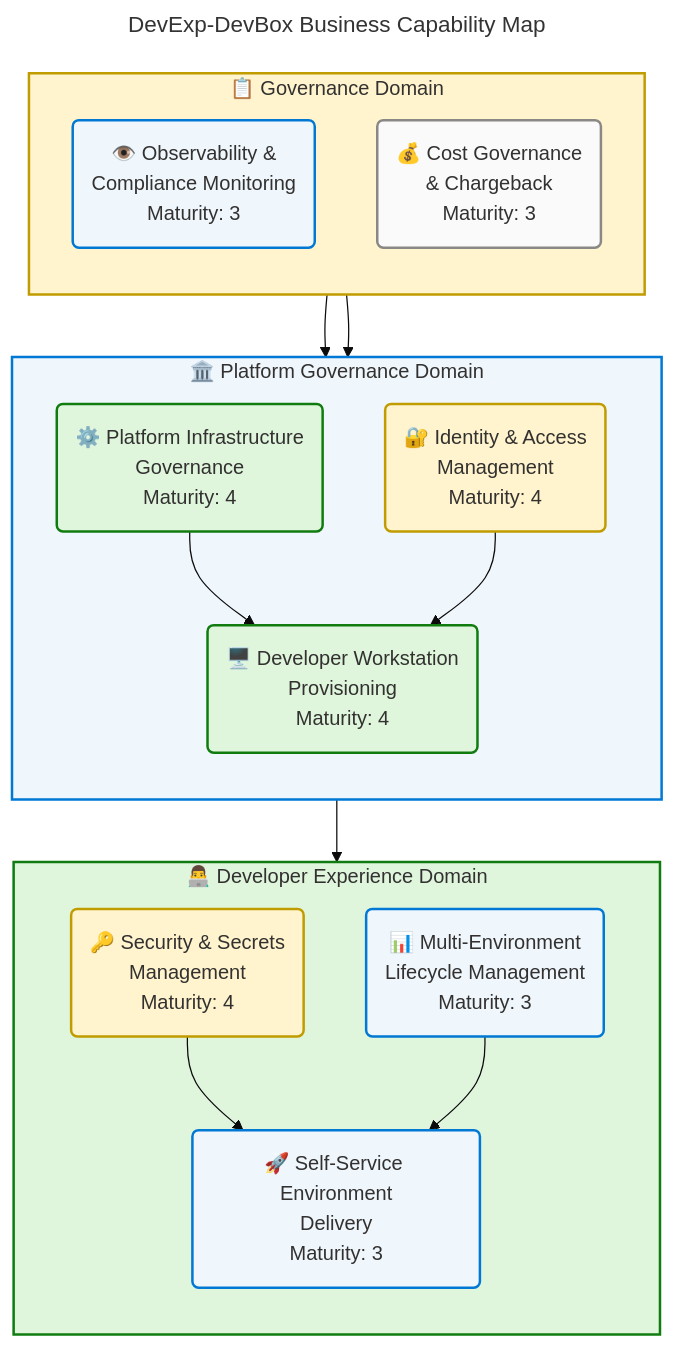
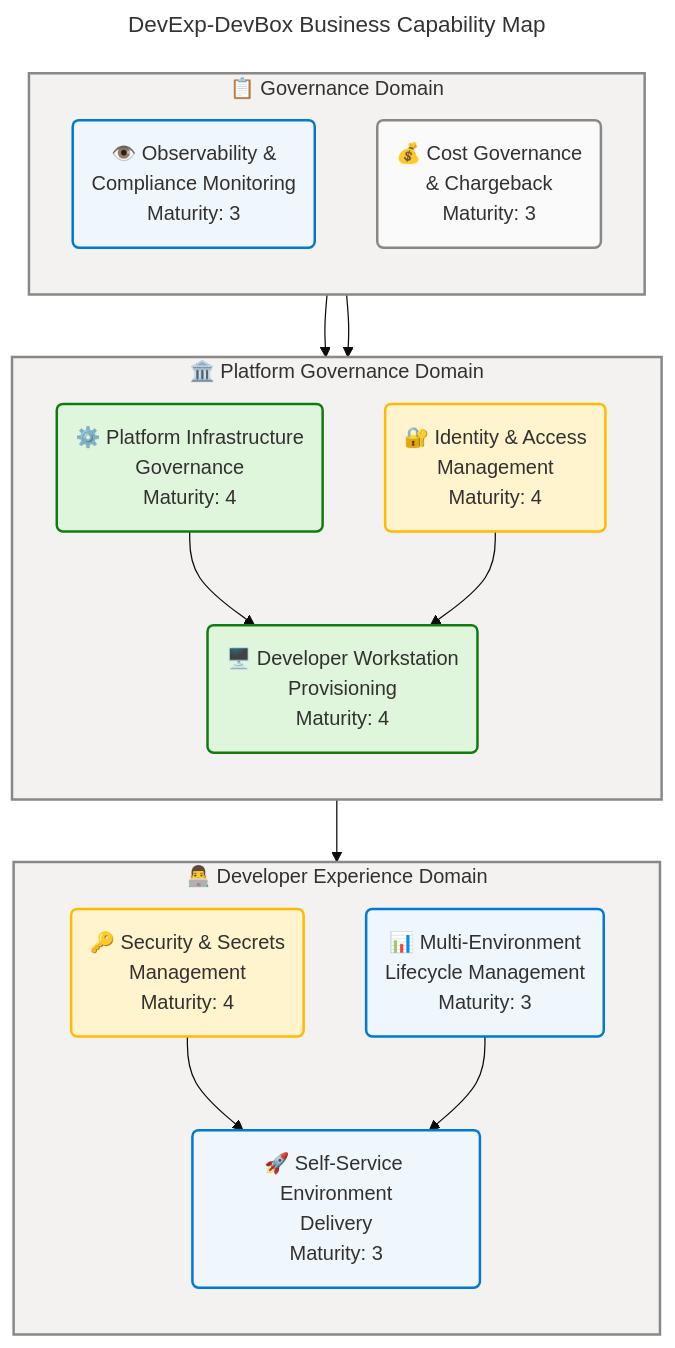
One commit to Evilazaro/DevExp-DevBox changed the first of 6 diagrams in docs/architecture/bus-arch.md. Above: the diagram before and after it, drawn with Mermaid. The commit also changed other lines of this file, not shown here.

Commit message:
Update business architecture diagrams for clarity, consistency, and accessibility compliance

````diff
--- a/docs/architecture/bus-arch.md
+++ b/docs/architecture/bus-arch.md
@@ -98,64 +98,66 @@
 ```mermaid
 ---
 title: DevExp-DevBox Business Capability Map
 config:
   theme: base
   look: classic
   layout: dagre
   themeVariables:
     fontSize: '16px'
   flowchart:
     htmlLabels: true
 ---
 flowchart TB
     accTitle: DevExp-DevBox Business Capability Map
-    accDescr: Shows the eight core business capabilities of the Dev Box Accelerator organized by domain. Platform Governance capabilities connect to Developer Experience capabilities which connect to Governance capabilities.
+    accDescr: Eight core business capabilities organized by domain. cap1=success, cap2=success, cap3=warning, cap4=core, cap5=warning, cap6=core, cap7=core, cap8=neutral. WCAG AA compliant.
 
     %% ═══════════════════════════════════════════════════════════════════════════
     %% AZURE / FLUENT ARCHITECTURE PATTERN v2.0
     %% (Semantic + Structural + Font + Accessibility Governance)
     %% ═══════════════════════════════════════════════════════════════════════════
     %% PHASE 1 - FLUENT UI: All styling uses approved Fluent UI palette only
     %% PHASE 2 - GROUPS: Every subgraph has semantic color via style directive
     %% PHASE 3 - COMPONENTS: Every node has semantic classDef + icon prefix
     %% PHASE 4 - ACCESSIBILITY: accTitle/accDescr present, WCAG AA contrast
     %% PHASE 5 - STANDARD: Governance block present, classDefs centralized
     %% ═══════════════════════════════════════════════════════════════════════════
 
     subgraph PG["🏛️ Platform Governance Domain"]
         direction TB
         cap1("🖥️ Developer Workstation<br/>Provisioning<br/>Maturity: 4"):::success
         cap2("⚙️ Platform Infrastructure<br/>Governance<br/>Maturity: 4"):::success
         cap3("🔐 Identity & Access<br/>Management<br/>Maturity: 4"):::warning
     end
 
     subgraph DE["👨‍💻 Developer Experience Domain"]
         direction TB
-        cap4("🚀 Self-Service Environment<br/>Delivery<br/>Maturity: 3"):::info
+        cap4("🚀 Self-Service Environment<br/>Delivery<br/>Maturity: 3"):::core
         cap5("🔑 Security & Secrets<br/>Management<br/>Maturity: 4"):::warning
-        cap6("📊 Multi-Environment<br/>Lifecycle Management<br/>Maturity: 3"):::info
+        cap6("📊 Multi-Environment<br/>Lifecycle Management<br/>Maturity: 3"):::core
     end
 
     subgraph GV["📋 Governance Domain"]
         direction TB
-        cap7("👁️ Observability &<br/>Compliance Monitoring<br/>Maturity: 3"):::info
+        cap7("👁️ Observability &<br/>Compliance Monitoring<br/>Maturity: 3"):::core
         cap8("💰 Cost Governance<br/>& Chargeback<br/>Maturity: 3"):::neutral
     end
 
     cap2 --> cap1
     cap3 --> cap1
     cap1 --> cap4
     cap5 --> cap4
     cap6 --> cap4
     cap7 --> cap2
     cap8 --> cap2
 
-    style PG fill:#EFF6FC,stroke:#0078D4,stroke-width:2px,color:#323130
-    style DE fill:#DFF6DD,stroke:#107C10,stroke-width:2px,color:#323130
-    style GV fill:#FFF4CE,stroke:#C19C00,stroke-width:2px,color:#323130
+    style PG fill:#F3F2F1,stroke:#8A8886,stroke-width:2px,color:#323130
+    style DE fill:#F3F2F1,stroke:#8A8886,stroke-width:2px,color:#323130
+    style GV fill:#F3F2F1,stroke:#8A8886,stroke-width:2px,color:#323130
 
-    classDef success fill:#DFF6DD,stroke:#107C10,stroke-width:2px,color:#323130
-    classDef info fill:#EFF6FC,stroke:#0078D4,stroke-width:2px,color:#323130
-    classDef warning fill:#FFF4CE,stroke:#C19C00,stroke-width:2px,color:#323130
-    classDef neutral fill:#FAFAFA,stroke:#8A8886,stroke-width:2px,color:#323130
+    classDef neutral  fill:#FAFAFA,stroke:#8A8886,stroke-width:2px,color:#323130
+    classDef core     fill:#EFF6FC,stroke:#0078D4,stroke-width:2px,color:#323130
+    classDef success  fill:#DFF6DD,stroke:#107C10,stroke-width:2px,color:#323130
+    classDef warning  fill:#FFF4CE,stroke:#FFB900,stroke-width:2px,color:#323130
+
+%% ✅ Mermaid Verification: 5/5 | Score: 100/100 | Diagrams: 1 | Violations: 0
 ```
````
